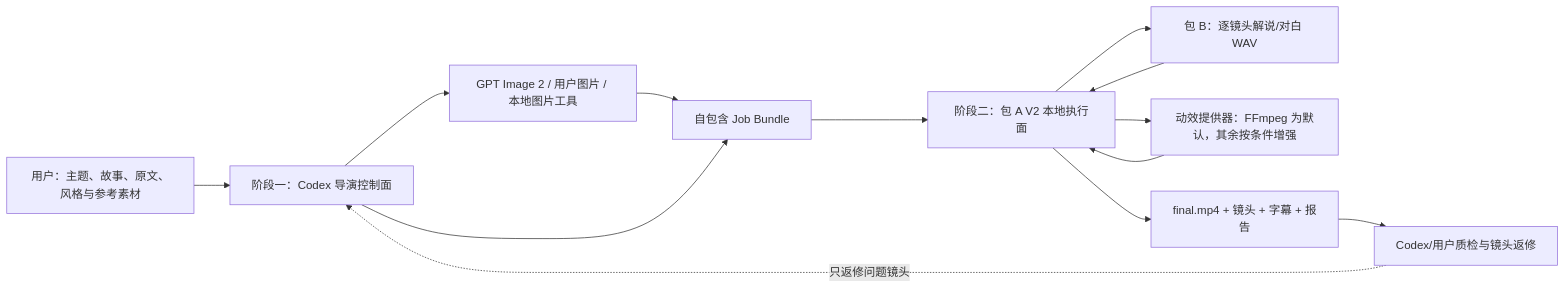
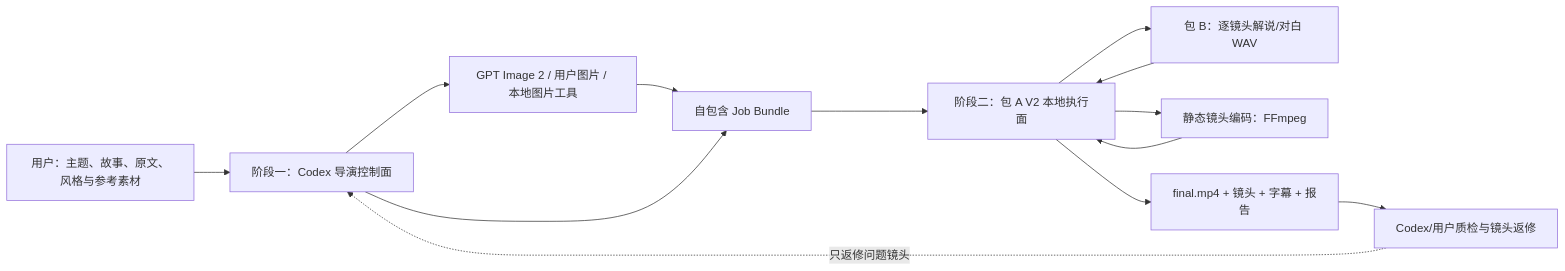
The diagram in 短视频V2规划文档/短视频V2总体目标与阶段规划.md (shunbao-p/OneCue), drawn with Mermaid before and after one commit. The commit also changed other lines of this file and 38 other files, not shown here.

Commit message:
静态图片工作流

````diff
--- a/短视频V2规划文档/短视频V2总体目标与阶段规划.md
+++ b/短视频V2规划文档/短视频V2总体目标与阶段规划.md
@@ -118,25 +120,25 @@
 ```mermaid
 flowchart LR
     U["用户：主题、故事、原文、风格与参考素材"]
     C["阶段一：Codex 导演控制面"]
     I["GPT Image 2 / 用户图片 / 本地图片工具"]
     J["自包含 Job Bundle"]
     A["阶段二：包 A V2 本地执行面"]
     B["包 B：逐镜头解说/对白 WAV"]
-    M["动效提供器：FFmpeg 为默认，其余按条件增强"]
+    S["静态镜头编码：FFmpeg"]
     O["final.mp4 + 镜头 + 字幕 + 报告"]
     Q["Codex/用户质检与镜头返修"]
 
     U --> C
     C --> I
     I --> J
     C --> J
     J --> A
     A --> B
     B --> A
-    A --> M
-    M --> A
+    A --> S
+    S --> A
     A --> O
     O --> Q
     Q -.只返修问题镜头.-> C
 ```
````
